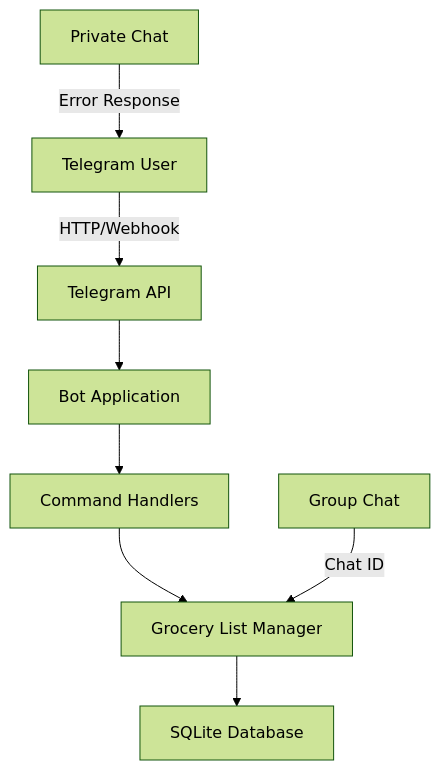
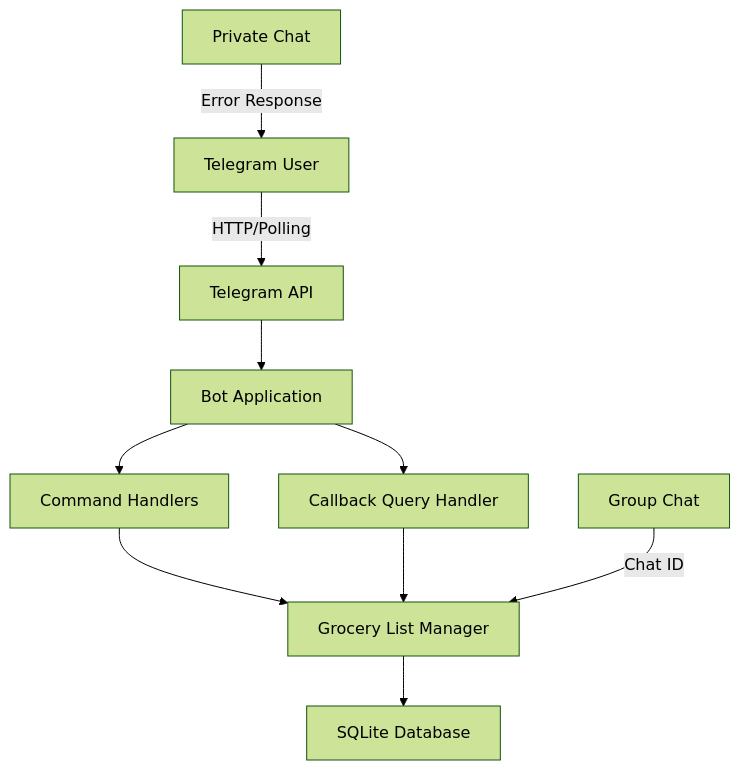
The diagram in plans/plan.md (liakify/grocerybot), drawn with Mermaid (forest theme) before and after one commit. The commit also changed other lines of this file, not shown here.

````diff
--- a/plans/plan.md
+++ b/plans/plan.md
@@ -21,11 +22,14 @@
 ```mermaid
 graph TB
-    A[Telegram User] -->|HTTP/Webhook| B[Telegram API]
+    A[Telegram User] -->|HTTP/Polling| B[Telegram API]
     B --> C[Bot Application]
     C --> D[Command Handlers]
     D --> E[Grocery List Manager]
     E --> F[SQLite Database]
     
-    G[Group Chat] -->|Chat ID| E
-    H[Private Chat] -->|Error Response| A
+    C --> G[Callback Query Handler]
+    G --> E
+    
+    H[Group Chat] -->|Chat ID| E
+    I[Private Chat] -->|Error Response| A
 ```
````
